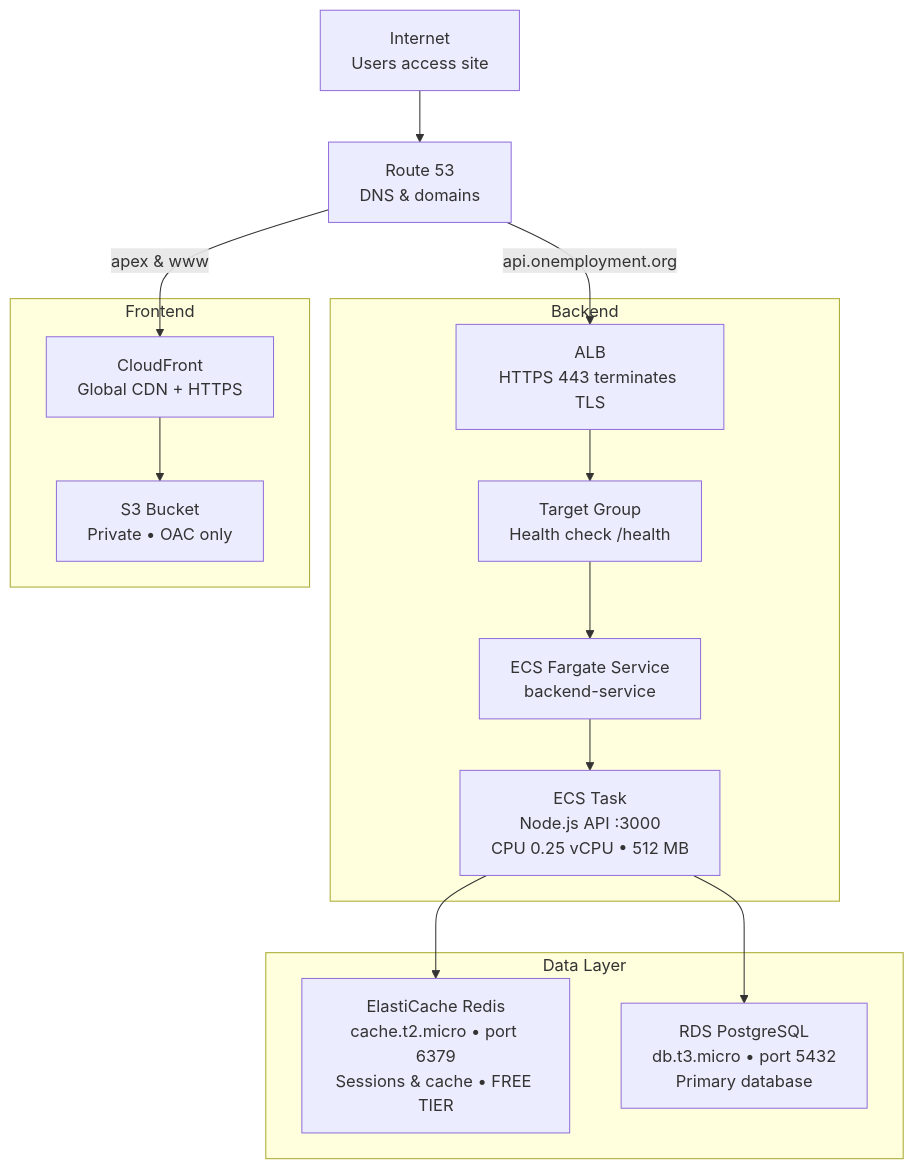
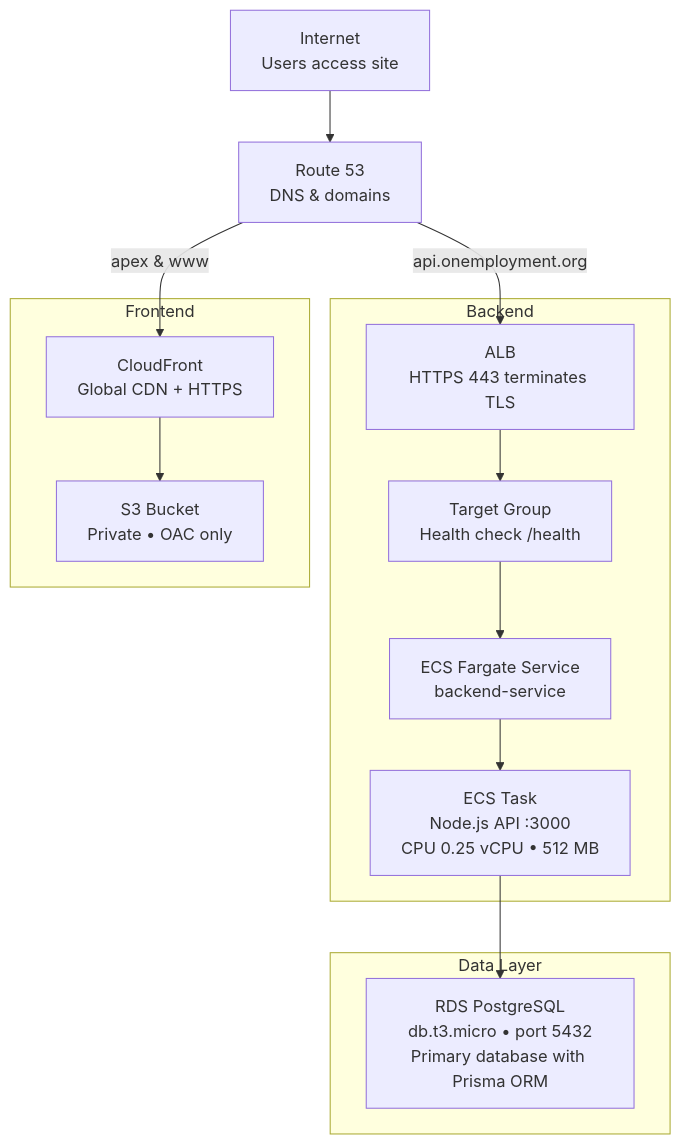
The diagram in architecture.md (onemployment/backend), drawn with Mermaid before and after one commit. The commit also changed other lines of this file and 20 other files, not shown here.

First line of the commit message:
Remove Redis dependencies to enable ElastiCache cleanup

````diff
--- a/architecture.md
+++ b/architecture.md
@@ -7,37 +7,35 @@
 ```mermaid
 flowchart TD
   %% =========================
   %% High-level vertical view with grouping
   %% =========================
 
   Internet[Internet<br/>Users access site] --> R53[Route 53<br/>DNS & domains]
 
   %% Backend group
   subgraph Backend
     ALB[ALB<br/>HTTPS 443 terminates TLS]
     TG[Target Group<br/>Health check /health]
     ECS_SVC[ECS Fargate Service<br/>backend-service]
     ECS_TASK[ECS Task<br/>Node.js API :3000<br/>CPU 0.25 vCPU • 512 MB]
 
     ALB --> TG --> ECS_SVC --> ECS_TASK
   end
 
   %% Data layer group
   subgraph Data_Layer[Data Layer]
-    REDIS[ElastiCache Redis<br/>cache.t2.micro • port 6379<br/>Sessions & cache • FREE TIER]
-    RDS[RDS PostgreSQL<br/>db.t3.micro • port 5432<br/>Primary database]
+    RDS[RDS PostgreSQL<br/>db.t3.micro • port 5432<br/>Primary database with Prisma ORM]
   end
 
   %% Frontend group
   subgraph Frontend
     CF[CloudFront<br/>Global CDN + HTTPS]
     S3[S3 Bucket<br/>Private • OAC only]
     CF --> S3
   end
 
   %% Connections
   R53 -->|api.onemployment.org| ALB
   R53 -->|apex & www| CF
-  ECS_TASK --> REDIS
   ECS_TASK --> RDS
 ```
````
